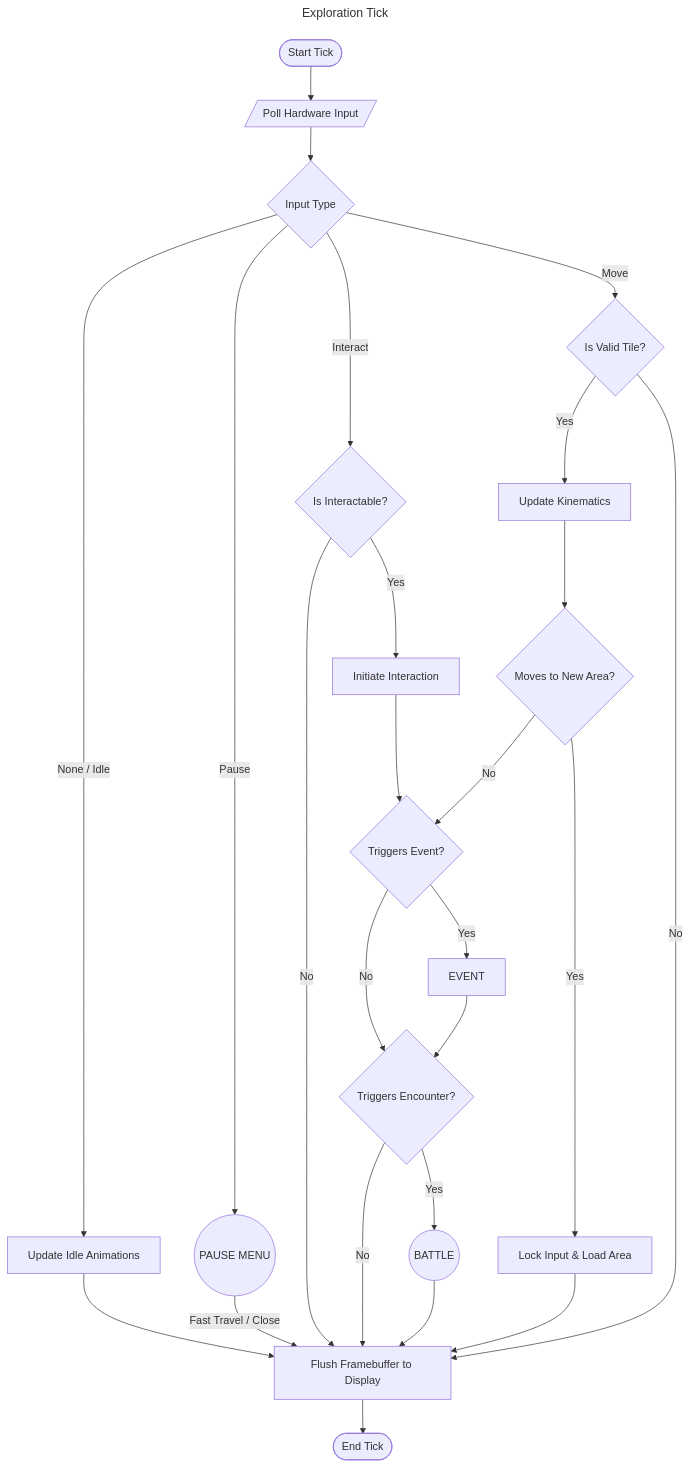
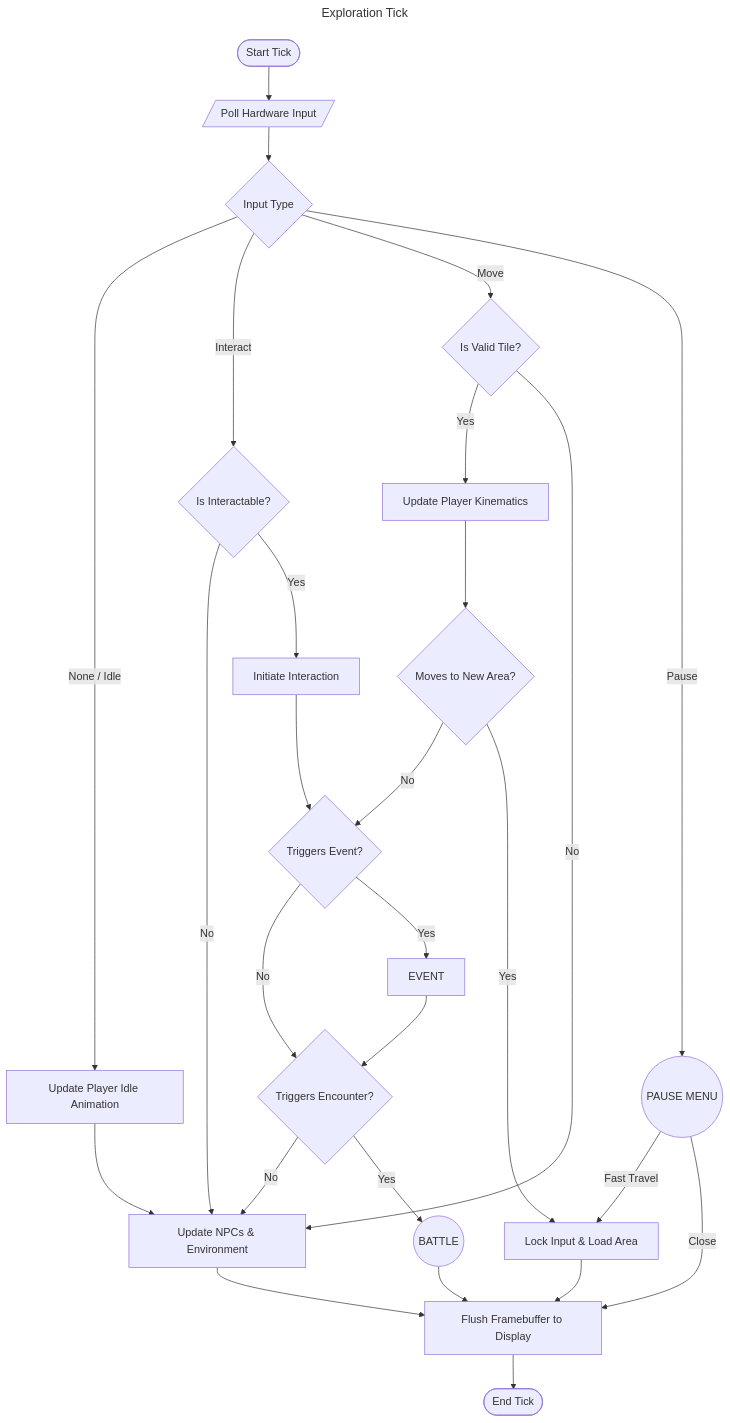
Before and after one commit to CharlesMC11/sprite-engine: the diagram in Documentation/exploration-ticks.mmd, drawn with Mermaid.

Commit message:
Update NPCs & ENV

```diff
--- a/Documentation/exploration-ticks.mmd
+++ b/Documentation/exploration-ticks.mmd
@@ -1,28 +1,40 @@
 ---
 title: Exploration Tick
 ---
 flowchart
     START([Start Tick]) --> Input[/Poll Hardware Input/]
     Input --> InputType{Input Type}
-    InputType -->|None / Idle| TickAnim[Update Idle Animations]
-    InputType -->|Pause| PAUSE((PAUSE MENU))
+    InputType -->|None / Idle| Idle[Update Player Idle Animation]
     InputType -->|Interact| Interactable?{Is Interactable?}
     InputType -->|Move| Physics{Is Valid Tile?}
-    TickAnim --> Render[Flush Framebuffer to Display]
-    PAUSE -->|Fast Travel / Close| Render
-    Interactable? -->|No| Render
+    InputType -->|Pause| PAUSE((PAUSE MENU))
+
+    Idle --> SimWorld[Update NPCs & Environment]
+
+    PAUSE -->|Fast Travel| Load
+    PAUSE -->|Close| Render
+
+    Interactable? -->|No| SimWorld
     Interactable? -->|Yes| Interact[Initiate Interaction]
     Interact --> Event?{Triggers Event?}
+
     Event? -->|No| Encounter?{Triggers Encounter?}
-    Encounter? -->|No| Render
+    Encounter? -->|No| SimWorld
     Encounter? -->|Yes| Battle((BATTLE))
+
     Event? -->|Yes| EVENT
     EVENT --> Encounter?
-    Physics -->|Yes| Move[Update Kinematics]
+
+    Physics -->|Yes| Move[Update Player Kinematics]
+    Physics -->|No| SimWorld
+
     Move --> LoadArea?{Moves to New Area?}
     LoadArea? -->|No| Event?
     LoadArea? -->|Yes| Load[Lock Input & Load Area]
+
+    SimWorld--> Render[Flush Framebuffer to Display]
+
     Load --> Render
-    Physics -->|No| Render
     Battle --> Render
+
     Render --> END([End Tick])
```
